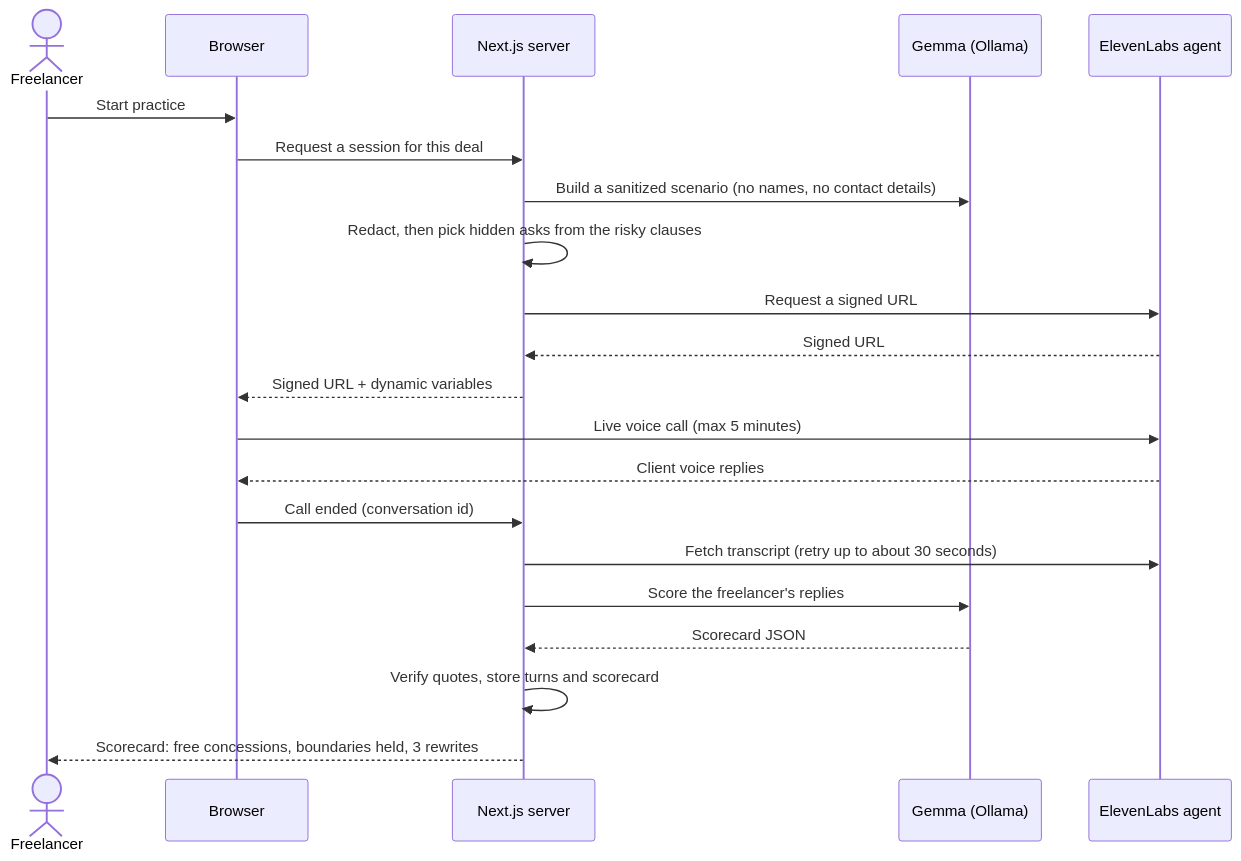
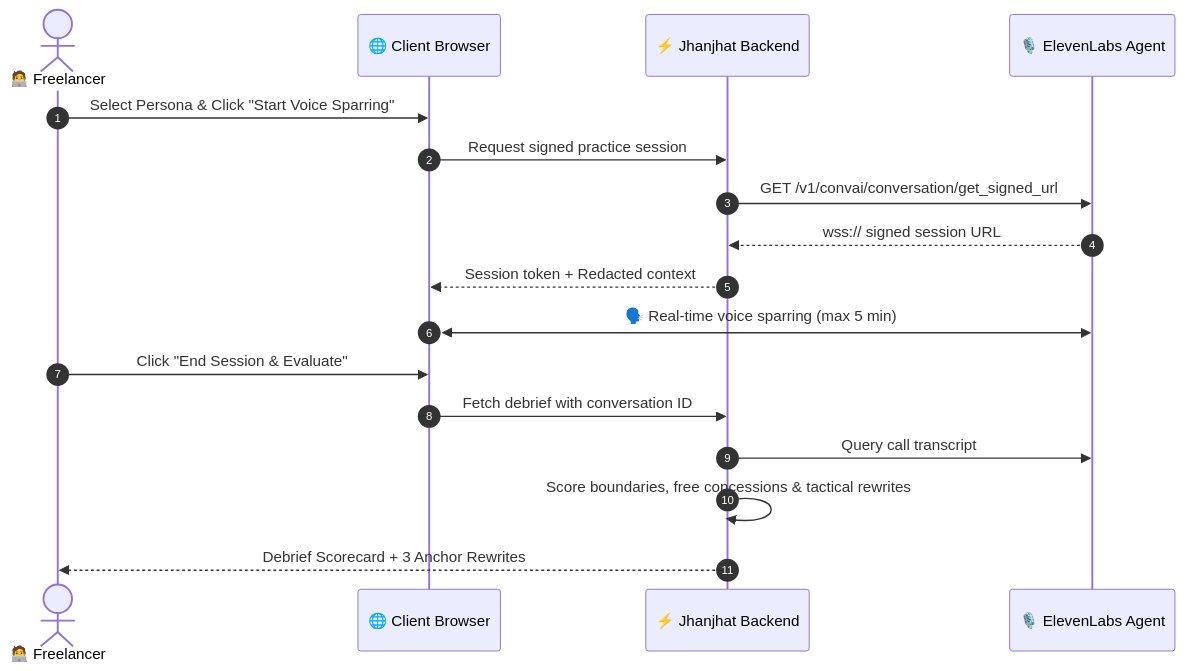
One commit to mannubaveja007/Jhanjhat changed the third of 4 diagrams in README.md. Above: the diagram before and after it, drawn with Mermaid. The commit also changed other lines of this file, not shown here.

Commit message:
docs: overhaul README with high-contrast Mermaid diagrams and punchy structure

````diff
--- a/README.md
+++ b/README.md
@@ -180,23 +103,20 @@
 ```mermaid
 sequenceDiagram
-  actor U as Freelancer
-  participant B as Browser
-  participant S as Next.js server
-  participant G as Gemma (Ollama)
-  participant E as ElevenLabs agent
-  U->>B: Start practice
-  B->>S: Request a session for this deal
-  S->>G: Build a sanitized scenario (no names, no contact details)
-  S->>S: Redact, then pick hidden asks from the risky clauses
-  S->>E: Request a signed URL
-  E-->>S: Signed URL
-  S-->>B: Signed URL + dynamic variables
-  B->>E: Live voice call (max 5 minutes)
-  E-->>B: Client voice replies
-  B->>S: Call ended (conversation id)
-  S->>E: Fetch transcript (retry up to about 30 seconds)
-  S->>G: Score the freelancer's replies
-  G-->>S: Scorecard JSON
-  S->>S: Verify quotes, store turns and scorecard
-  S-->>U: Scorecard: free concessions, boundaries held, 3 rewrites
+    autonumber
+    actor Dev as 🧑‍💻 Freelancer
+    participant Browser as 🌐 Client Browser
+    participant App as ⚡ Jhanjhat Backend
+    participant Eleven as 🎙️ ElevenLabs Agent
+
+    Dev->>Browser: Select Persona & Click "Start Voice Sparring"
+    Browser->>App: Request signed practice session
+    App->>Eleven: GET /v1/convai/conversation/get_signed_url
+    Eleven-->>App: wss:// signed session URL
+    App-->>Browser: Session token + Redacted context
+    Browser<<->>Eleven: 🗣️ Real-time voice sparring (max 5 min)
+    Dev->>Browser: Click "End Session & Evaluate"
+    Browser->>App: Fetch debrief with conversation ID
+    App->>Eleven: Query call transcript
+    App->>App: Score boundaries, free concessions & tactical rewrites
+    App-->>Dev: Debrief Scorecard + 3 Anchor Rewrites
 ```
````
